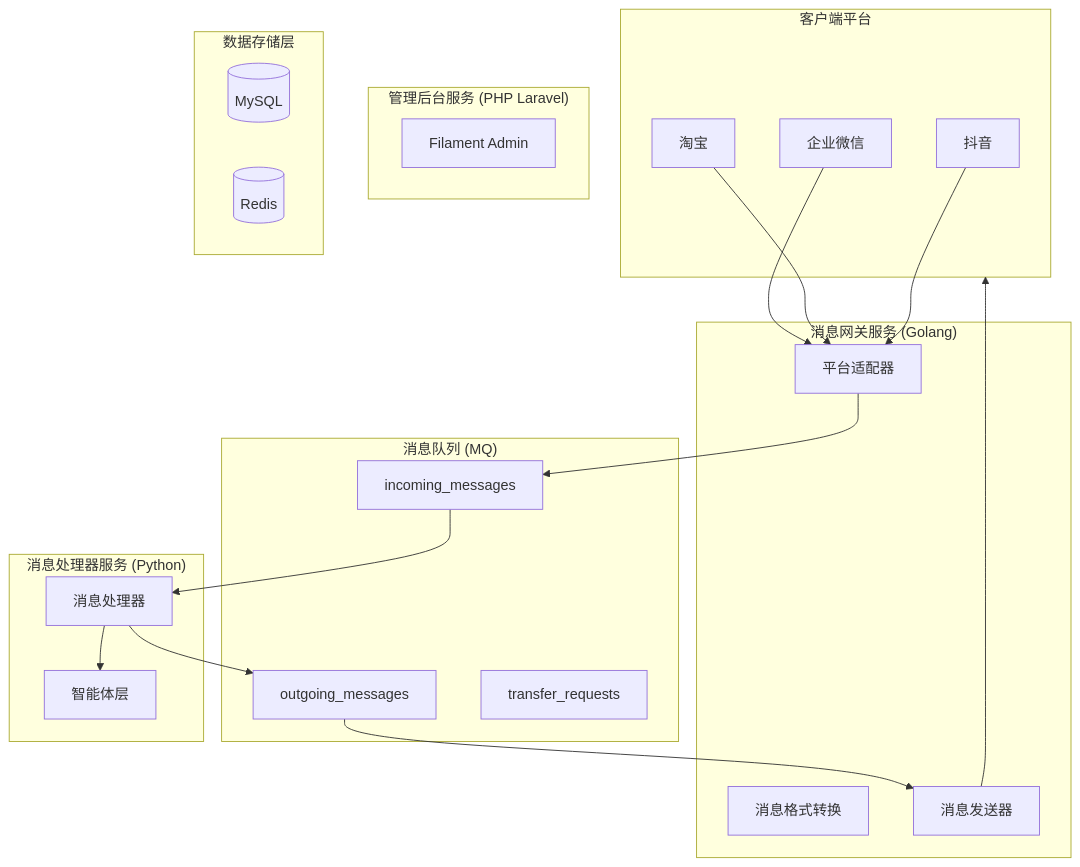
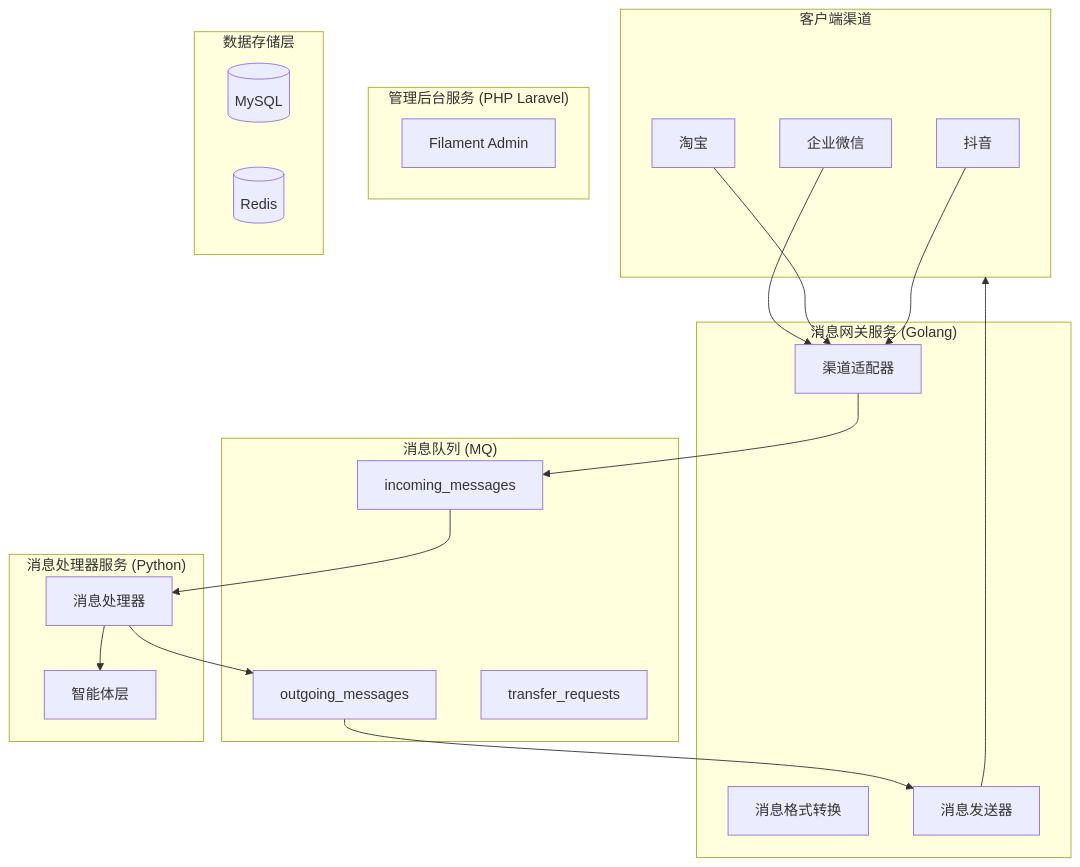
One commit to liushoukun/huizhida-chatbot changed the diagram in README.md. Above: the diagram before and after it, drawn with Mermaid. The commit also changed other lines of this file and 1 other file, not shown here.

````diff
--- a/README.md
+++ b/README.md
@@ -27,45 +27,45 @@
 ```mermaid
 flowchart TB
-    subgraph Clients["客户端平台"]
+    subgraph Clients["客户端渠道"]
         WeChat["企业微信"]
         Taobao["淘宝"]
         Douyin["抖音"]
     end
 
     subgraph GatewayService["消息网关服务 (Golang)"]
-        Adapters["平台适配器"]
+        Adapters["渠道适配器"]
         Transformer["消息格式转换"]
         MsgSender["消息发送器"]
     end
 
     subgraph MessageQueue["消息队列 (MQ)"]
         InQueue["incoming_messages"]
         OutQueue["outgoing_messages"]
         TransferQueue["transfer_requests"]
     end
 
     subgraph ProcessorService["消息处理器服务 (Python)"]
         Processor["消息处理器"]
         AgentLayer["智能体层"]
     end
 
     subgraph AdminService["管理后台服务 (PHP Laravel)"]
         Filament["Filament Admin"]
     end
 
     subgraph Storage["数据存储层"]
         MySQL[("MySQL")]
         Redis[("Redis")]
     end
 
     WeChat --> Adapters
     Taobao --> Adapters
     Douyin --> Adapters
     
     Adapters --> InQueue
     InQueue --> Processor
     Processor --> AgentLayer
     Processor --> OutQueue
     OutQueue --> MsgSender
     MsgSender --> Clients
 ```
````
